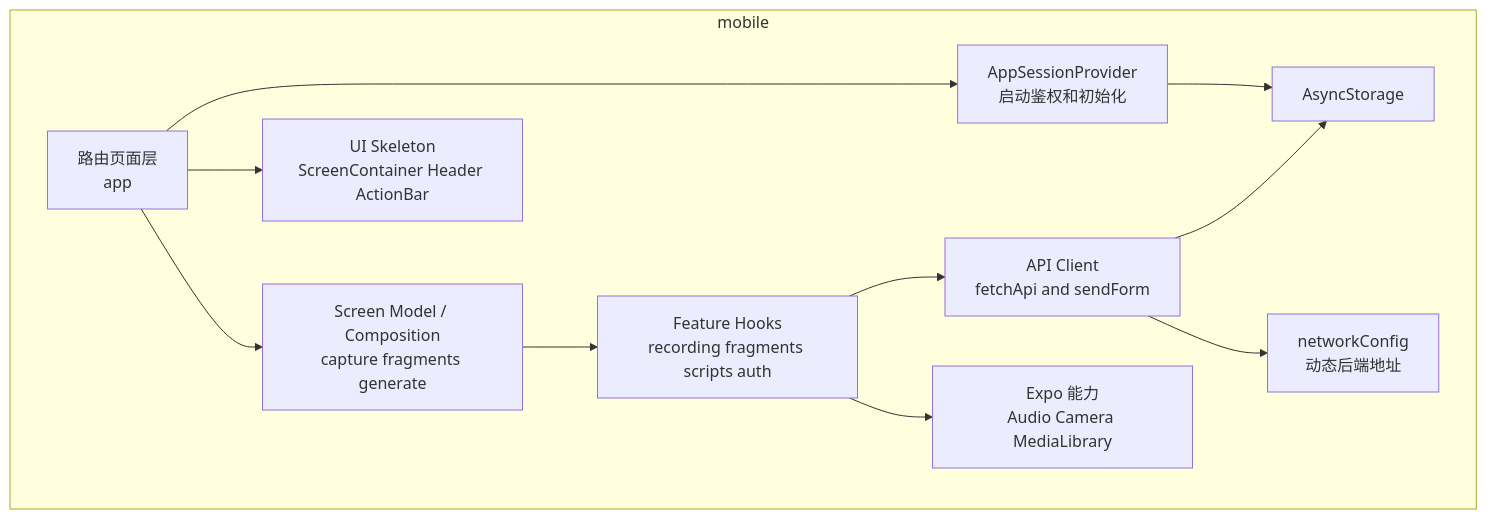
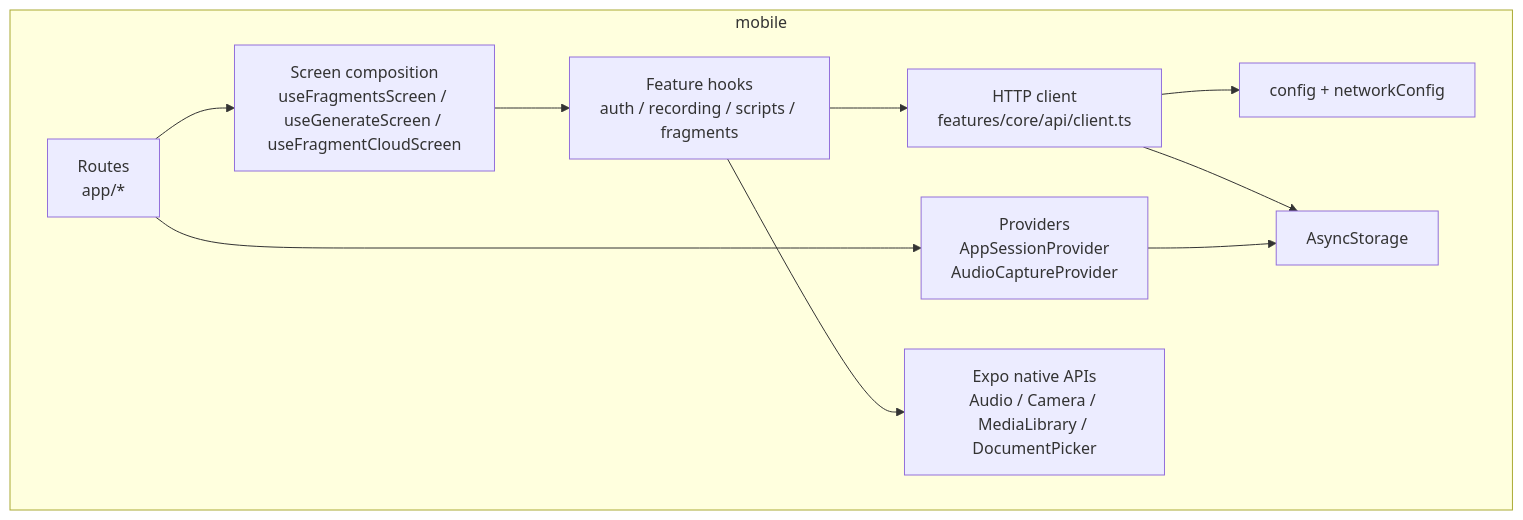
Before and after one commit to YCZA2/SparkFlow: the second of 7 diagrams in memory-bank/architecture.md, drawn with Mermaid. The commit also changed other lines of this file and 11 other files, not shown here.

````diff
--- a/memory-bank/architecture.md
+++ b/memory-bank/architecture.md
@@ -36,24 +65,22 @@
 ```mermaid
 flowchart TD
-    subgraph Mobile[mobile]
-        L[路由页面层<br>app]
-        SM[Screen Model / Composition<br>capture fragments generate]
-        UI[UI Skeleton<br>ScreenContainer Header ActionBar]
-        P[AppSessionProvider<br>启动鉴权和初始化]
-        H[Feature Hooks<br>recording fragments scripts auth]
-        C[API Client<br>fetchApi and sendForm]
-        S[AsyncStorage]
-        N[networkConfig<br>动态后端地址]
-        X[Expo 能力<br>Audio Camera MediaLibrary]
+    subgraph Mobile["mobile"]
+        R["Routes<br/>app/*"]
+        P["Providers<br/>AppSessionProvider<br/>AudioCaptureProvider"]
+        SM["Screen composition<br/>useFragmentsScreen / useGenerateScreen / useFragmentCloudScreen"]
+        H["Feature hooks<br/>auth / recording / scripts / fragments"]
+        C["HTTP client<br/>features/core/api/client.ts"]
+        CFG["config + networkConfig"]
+        AS["AsyncStorage"]
+        NATIVE["Expo native APIs<br/>Audio / Camera / MediaLibrary / DocumentPicker"]
     end
 
-    L --> P
-    L --> SM
-    L --> UI
+    R --> P
+    R --> SM
     SM --> H
     H --> C
-    H --> X
-    P --> S
-    C --> S
-    C --> N
+    H --> NATIVE
+    C --> CFG
+    C --> AS
+    P --> AS
 ```
````
